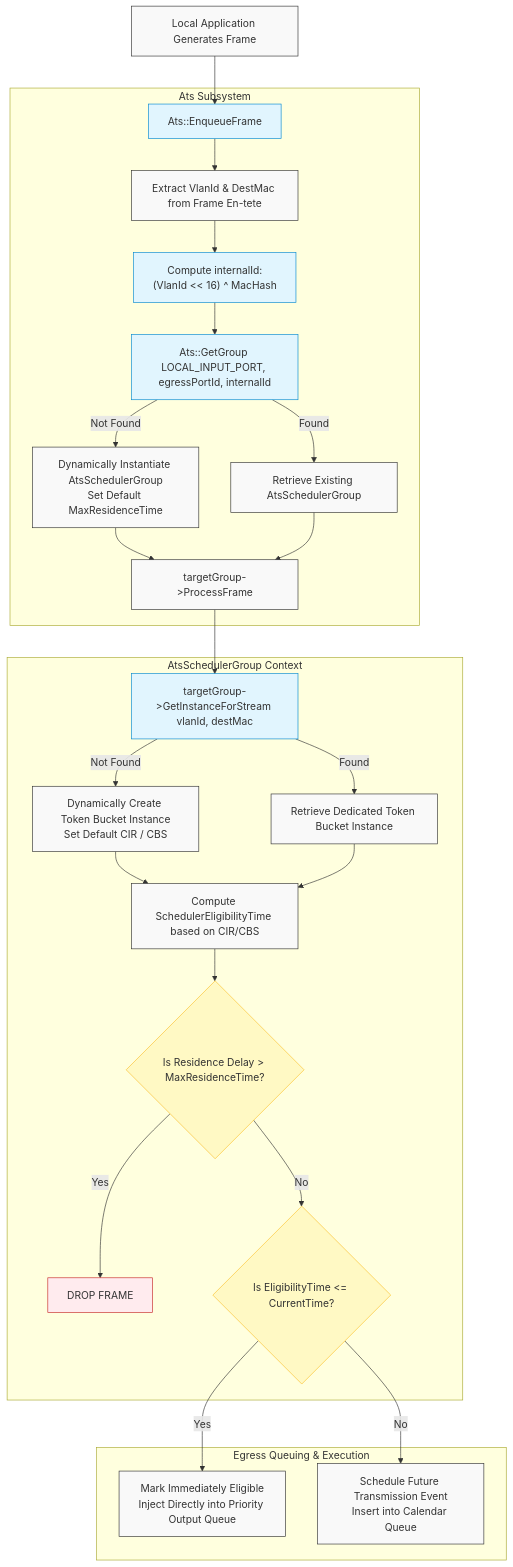
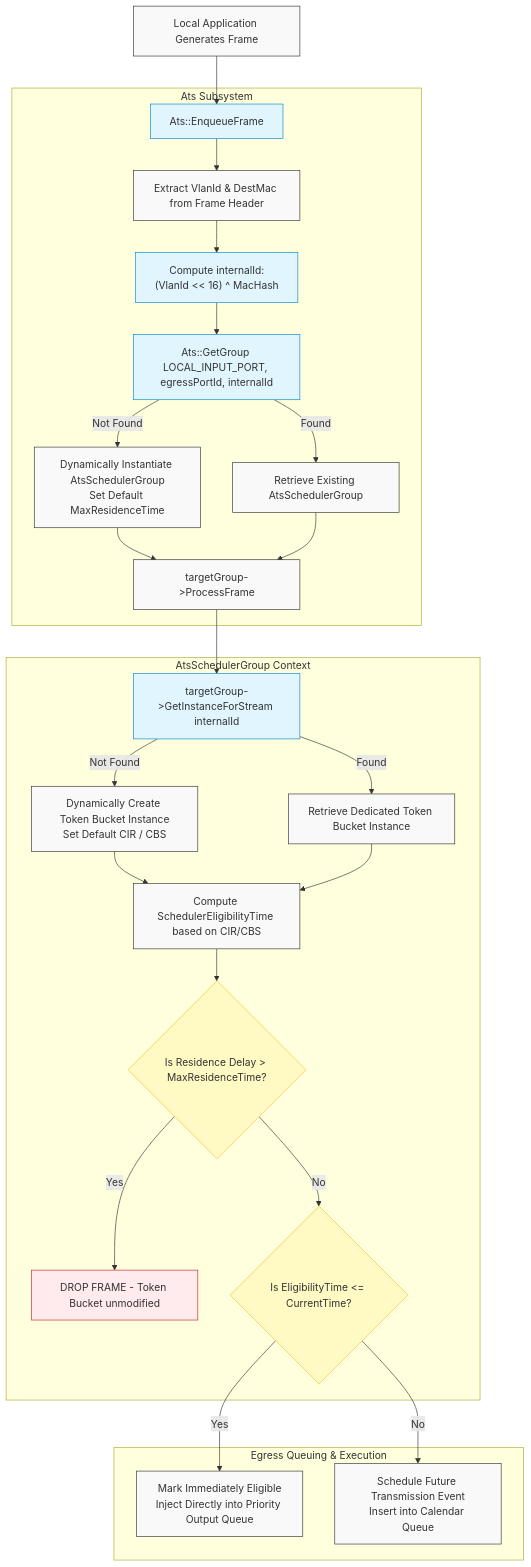
Before and after one commit to athos0x10/ns3-tsn-ats: the second of 2 diagrams in docs/03-ats-design.md, drawn with Mermaid. The commit also changed other lines of this file, not shown here.

Commit message:
modify: architecture

````diff
--- a/docs/03-ats-design.md
+++ b/docs/03-ats-design.md
@@ -114,43 +121,43 @@
 ```mermaid
 graph TD
     %% Nodes
     A[Local Application Generates Frame] --> B[Ats::EnqueueFrame]
     
     subgraph AtsEngine [Ats Subsystem]
-        B --> C[Extract VlanId & DestMac from Frame En-tete]
+        B --> C[Extract VlanId & DestMac from Frame Header]
         C --> D["Compute internalId:<br>(VlanId << 16) ^ MacHash"]
         D --> E[Ats::GetGroup LOCAL_INPUT_PORT, egressPortId, internalId]
         E -->|Not Found| F[Dynamically Instantiate AtsSchedulerGroup<br>Set Default MaxResidenceTime]
         E -->|Found| G[Retrieve Existing AtsSchedulerGroup]
         F --> H[targetGroup->ProcessFrame]
         G --> H
     end
 
     subgraph GroupEngine [AtsSchedulerGroup Context]
-        H --> I[targetGroup->GetInstanceForStream vlanId, destMac]
+        H --> I[targetGroup->GetInstanceForStream internalId]
         I -->|Not Found| J[Dynamically Create Token Bucket Instance<br>Set Default CIR / CBS]
         I -->|Found| K[Retrieve Dedicated Token Bucket Instance]
         J --> L[Compute SchedulerEligibilityTime based on CIR/CBS]
         K --> L
         
         L --> M{Is Residence Delay > MaxResidenceTime?}
-        M -->|Yes| N[DROP FRAME]
+        M -->|Yes| N[DROP FRAME - Token Bucket unmodified]
         M -->|No| O{Is EligibilityTime <= CurrentTime?}
     end
 
     subgraph Transmission [Egress Queuing & Execution]
         O -->|Yes| P[Mark Immediately Eligible<br>Inject Directly into Priority Output Queue]
         O -->|No| Q[Schedule Future Transmission Event<br>Insert into Calendar Queue]
     end
 
     %% Styles
     classDef default fill:#f9f9f9,stroke:#333,stroke-width:1px;
     classDef action fill:#e1f5fe,stroke:#0288d1,stroke-width:1px;
     classDef decision fill:#fff9c4,stroke:#fbc02d,stroke-width:1px;
     classDef drop fill:#ffebee,stroke:#c62828,stroke-width:1px;
     
     class B,D,E,I action;
     class M,O decision;
     class N drop;
 
 ```
````
